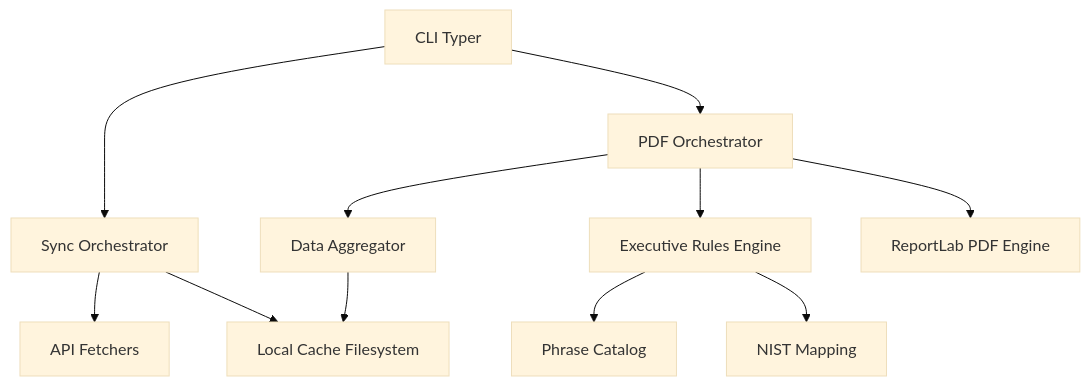
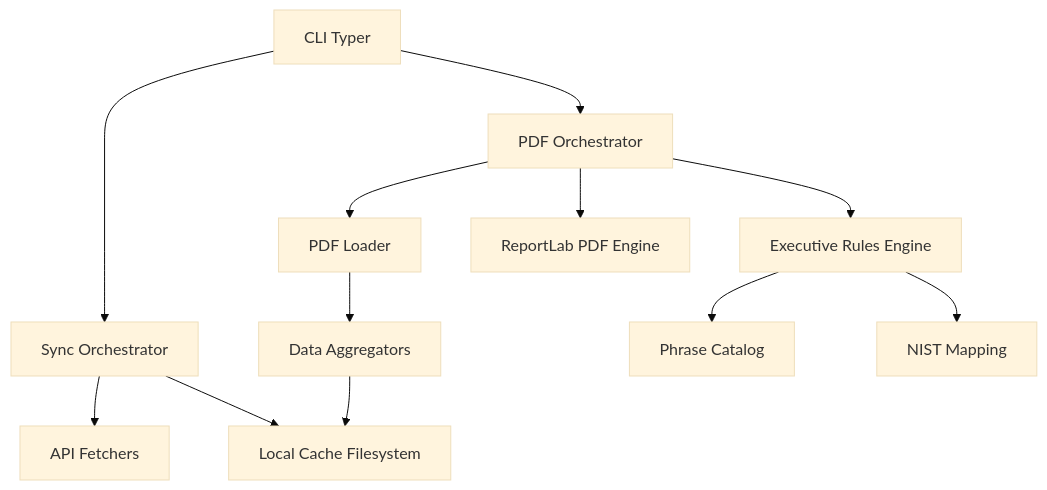
Before and after one commit to vhsantos/cloudflare-executive-report: the first of 2 diagrams in docs/ARCHITECTURE.md, drawn with Mermaid (base theme). The commit also changed other lines of this file and 7 other files, not shown here.

````diff
--- a/docs/ARCHITECTURE.md
+++ b/docs/ARCHITECTURE.md
@@ -11,17 +14,18 @@
 ```mermaid
 graph TD
     CLI[CLI Typer] --> Sync[Sync Orchestrator]
     CLI --> Report[PDF Orchestrator]
 
     Sync --> Fetchers[API Fetchers]
     Sync --> Cache[Local Cache Filesystem]
 
-    Report --> Aggregator[Data Aggregator]
-    Aggregator --> Cache
+    Report --> Loader[PDF Loader]
+    Loader --> Aggregators[Data Aggregators]
+    Aggregators --> Cache
 
     Report --> Rules[Executive Rules Engine]
     Report --> PDF[ReportLab PDF Engine]
 
     Rules --> Phraser[Phrase Catalog]
     Rules --> NIST[NIST Mapping]
 ```
````
